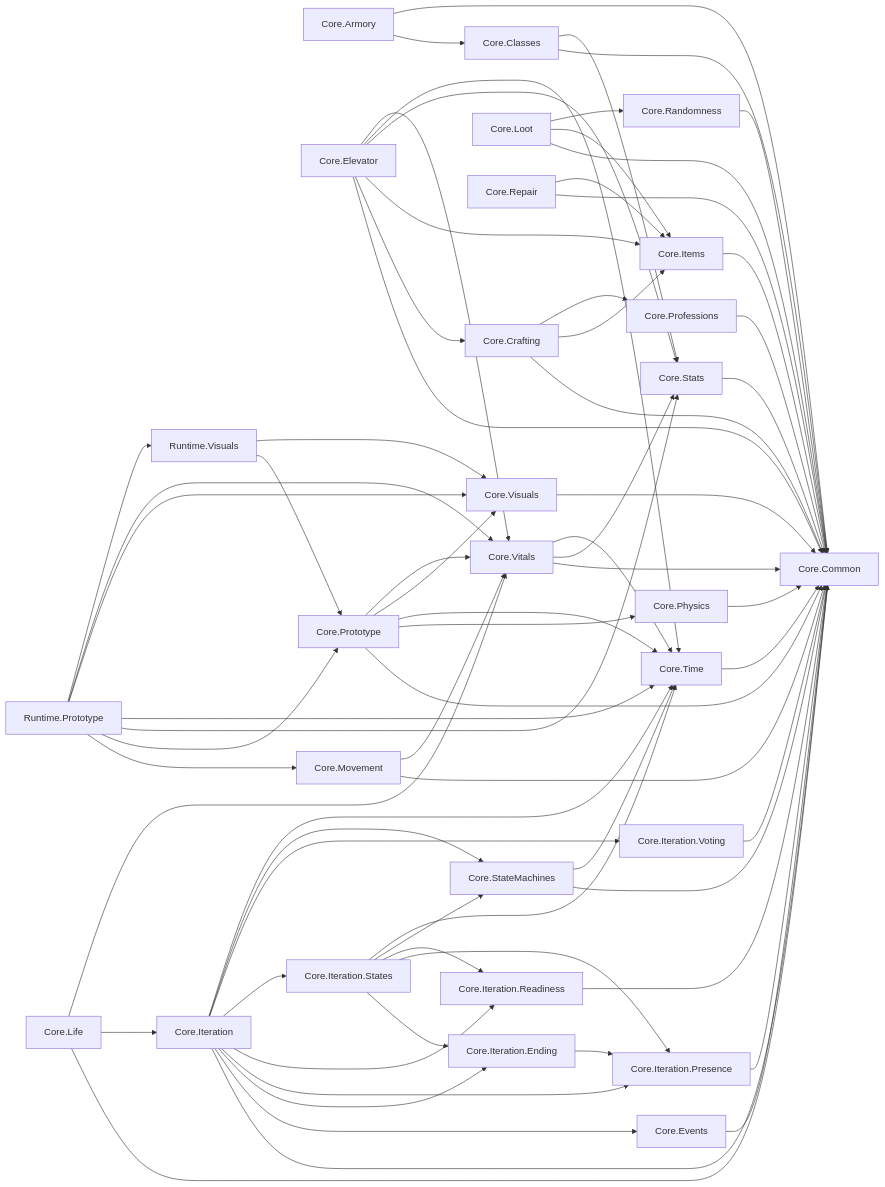
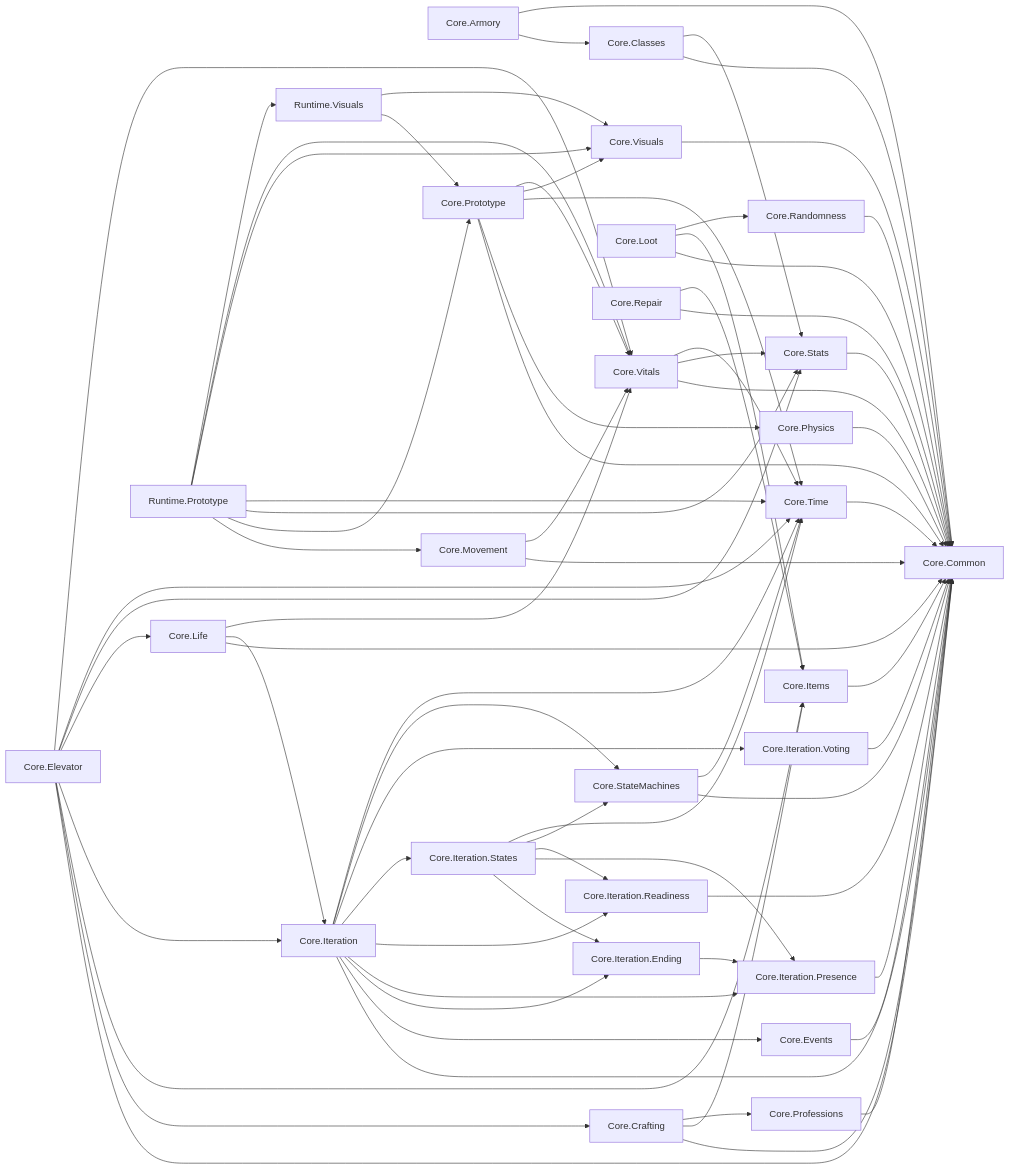
The diagram in docs/arquitectura/MODULOS.md (LazaroPol/Acensor), drawn with Mermaid before and after one commit. The commit also changed other lines of this file and 10 other files, not shown here.

````diff
--- a/docs/arquitectura/MODULOS.md
+++ b/docs/arquitectura/MODULOS.md
@@ -40,58 +40,58 @@
 ```mermaid
 flowchart LR
   n0["Core.Armory"]
   n1["Core.Classes"]
   n2["Core.Common"]
   n3["Core.Crafting"]
   n4["Core.Elevator"]
   n5["Core.Events"]
   n6["Core.Items"]
   n7["Core.Iteration"]
   n8["Core.Iteration.Ending"]
   n9["Core.Iteration.Presence"]
   n10["Core.Iteration.Readiness"]
   n11["Core.Iteration.States"]
   n12["Core.Iteration.Voting"]
   n13["Core.Life"]
   n14["Core.Loot"]
   n15["Core.Movement"]
   n16["Core.Physics"]
   n17["Core.Professions"]
   n18["Core.Prototype"]
   n19["Core.Randomness"]
   n20["Core.Repair"]
   n21["Core.StateMachines"]
   n22["Core.Stats"]
   n23["Core.Time"]
   n24["Core.Visuals"]
   n25["Core.Vitals"]
   n26["Runtime.Prototype"]
   n27["Runtime.Visuals"]
   n0 --> n1 & n2
   n1 --> n2 & n22
   n3 --> n2 & n6 & n17
-  n4 --> n2 & n3 & n6 & n22 & n23 & n25
+  n4 --> n2 & n3 & n6 & n7 & n13 & n22 & n23 & n25
   n5 --> n2
   n6 --> n2
   n7 --> n2 & n5 & n8 & n9 & n10 & n11 & n12 & n21 & n23
   n8 --> n9
   n9 --> n2
   n10 --> n2
   n11 --> n8 & n9 & n10 & n21 & n23
   n12 --> n2
   n13 --> n2 & n7 & n25
   n14 --> n2 & n6 & n19
   n15 --> n2 & n25
   n16 --> n2
   n17 --> n2
   n18 --> n2 & n16 & n23 & n24 & n25
   n19 --> n2
   n20 --> n2 & n6
   n21 --> n2 & n23
   n22 --> n2
   n23 --> n2
   n24 --> n2
   n25 --> n2 & n22 & n23
   n26 --> n15 & n18 & n22 & n23 & n24 & n25 & n27
   n27 --> n18 & n24
 ```
````
